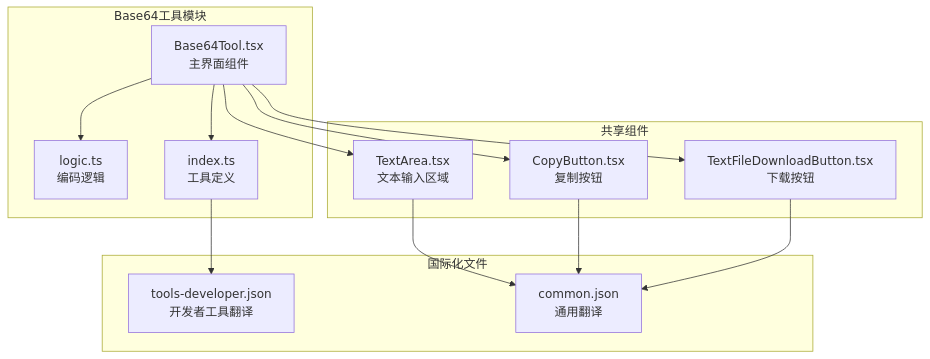
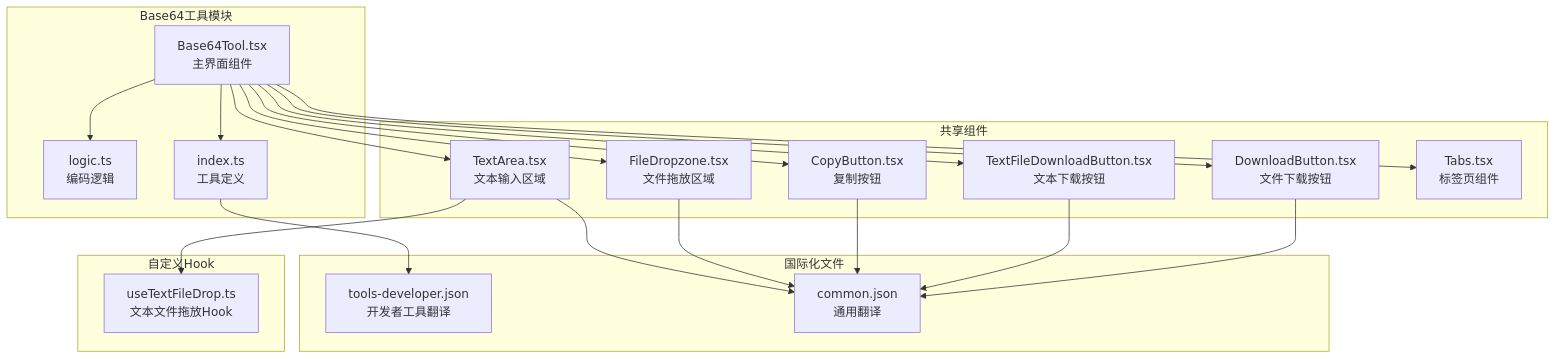
The first of 6 diagrams in .qoder/repowiki/zh/content/开发者工具/Base64编码工具.md (sgyy/privadeck), drawn with Mermaid before and after one commit. The commit also changed other lines of this file and 5 other files, not shown here.

````diff
--- a/.qoder/repowiki/zh/content/开发者工具/Base64编码工具.md
+++ b/.qoder/repowiki/zh/content/开发者工具/Base64编码工具.md
@@ -37,26 +57,38 @@
 ```mermaid
 graph TB
 subgraph "Base64工具模块"
 BT[Base64Tool.tsx<br/>主界面组件]
 LG[logic.ts<br/>编码逻辑]
 IDX[index.ts<br/>工具定义]
 end
 subgraph "共享组件"
 TA[TextArea.tsx<br/>文本输入区域]
+FD[FileDropzone.tsx<br/>文件拖放区域]
 CB[CopyButton.tsx<br/>复制按钮]
-DNB[TextFileDownloadButton.tsx<br/>下载按钮]
+DNB[TextFileDownloadButton.tsx<br/>文本下载按钮]
+DB[DownloadButton.tsx<br/>文件下载按钮]
+TB[Tabs.tsx<br/>标签页组件]
 end
 subgraph "国际化文件"
 TDEV[tools-developer.json<br/>开发者工具翻译]
 COMMON[common.json<br/>通用翻译]
 end
+subgraph "自定义Hook"
+UTD[useTextFileDrop.ts<br/>文本文件拖放Hook]
+end
 BT --> LG
 BT --> TA
+BT --> FD
 BT --> CB
 BT --> DNB
+BT --> DB
+BT --> TB
 BT --> IDX
 IDX --> TDEV
 TA --> COMMON
+FD --> COMMON
 CB --> COMMON
 DNB --> COMMON
+DB --> COMMON
+TA --> UTD
 ```
````
